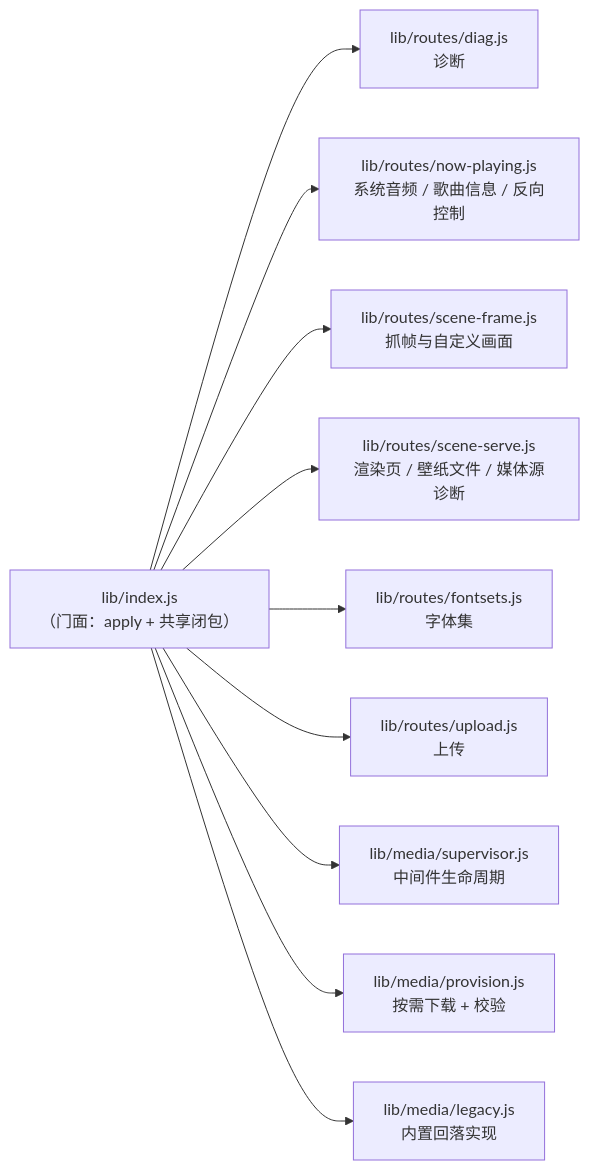
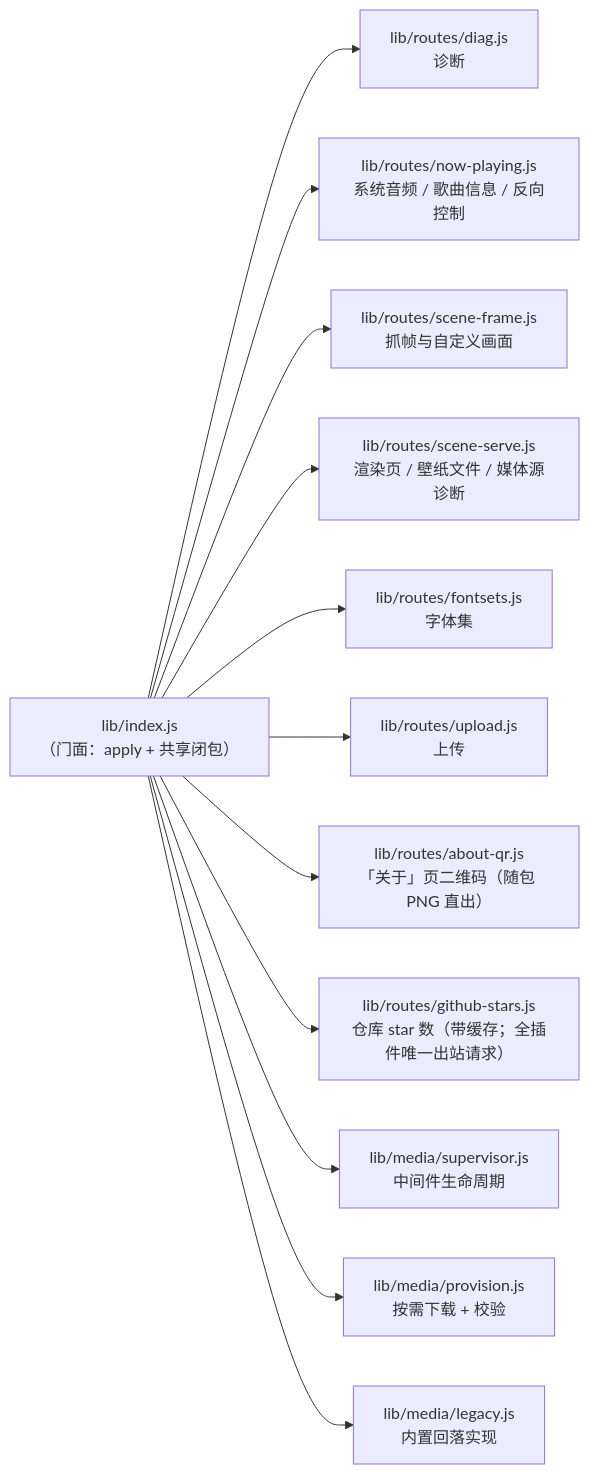
One commit to YV3507/dsh-wallpaper-engine changed the second of 5 diagrams in docs/CODE-STRUCTURE.md. Above: the diagram before and after it, drawn with Mermaid. The commit also changed other lines of this file and 77 other files, not shown here.

````diff
--- a/docs/CODE-STRUCTURE.md
+++ b/docs/CODE-STRUCTURE.md
@@ -108,13 +108,15 @@
 ```mermaid
 graph LR
     IDX["lib/index.js<br/>（门面：apply + 共享闭包）"]
     IDX --> R1["lib/routes/diag.js<br/>诊断"]
     IDX --> R2["lib/routes/now-playing.js<br/>系统音频 / 歌曲信息 / 反向控制"]
     IDX --> R3["lib/routes/scene-frame.js<br/>抓帧与自定义画面"]
     IDX --> R4["lib/routes/scene-serve.js<br/>渲染页 / 壁纸文件 / 媒体源诊断"]
     IDX --> R5["lib/routes/fontsets.js<br/>字体集"]
     IDX --> R6["lib/routes/upload.js<br/>上传"]
+    IDX --> R7["lib/routes/about-qr.js<br/>「关于」页二维码（随包 PNG 直出）"]
+    IDX --> R8["lib/routes/github-stars.js<br/>仓库 star 数（带缓存；全插件唯一出站请求）"]
     IDX --> M1["lib/media/supervisor.js<br/>中间件生命周期"]
     IDX --> M2["lib/media/provision.js<br/>按需下载 + 校验"]
     IDX --> M3["lib/media/legacy.js<br/>内置回落实现"]
 ```
````
